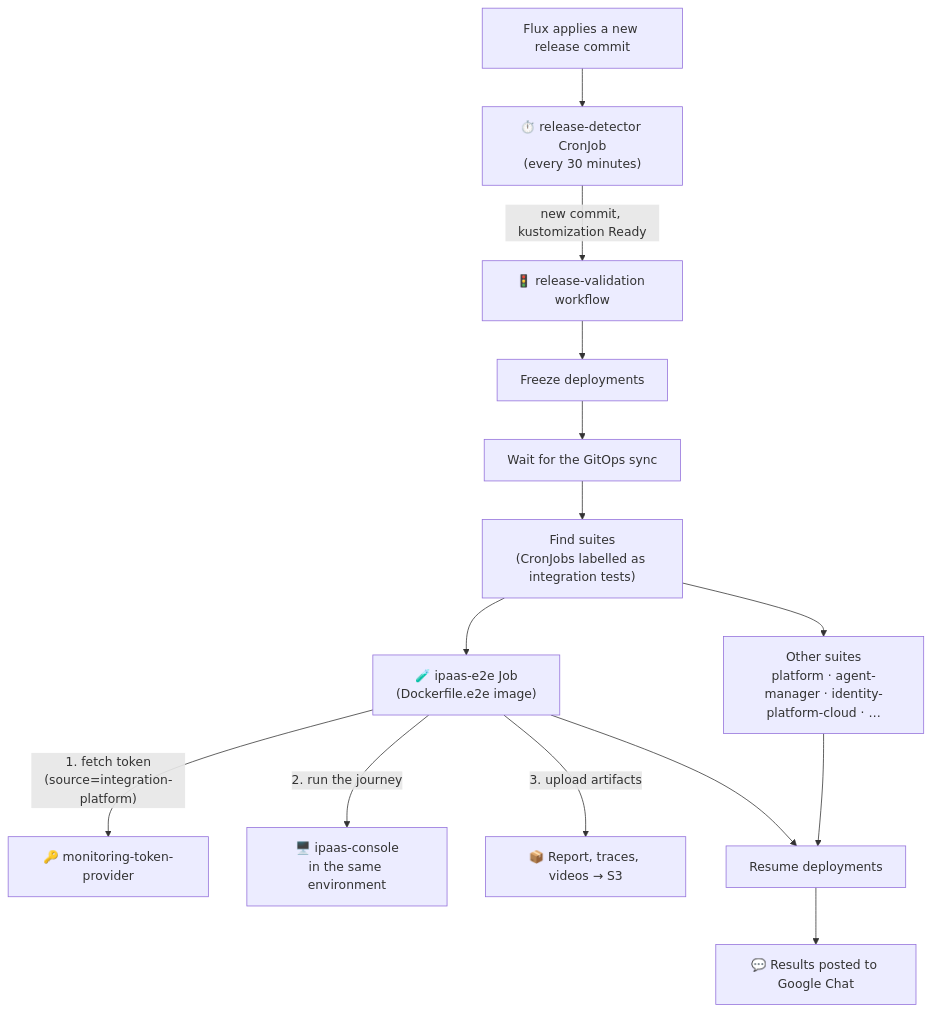
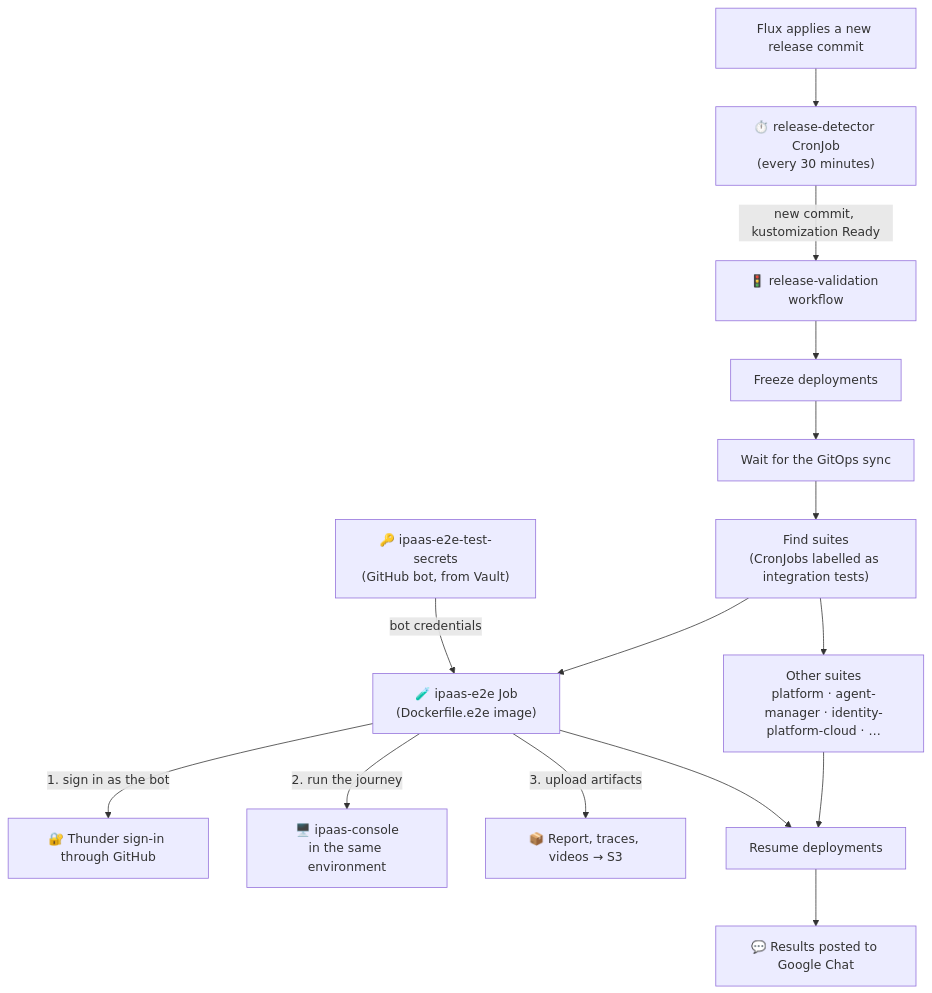
One commit to wso2/integration-control-plane changed the diagram in ipaas/tests/e2e/README.md. Above: the diagram before and after it, drawn with Mermaid. The commit also changed other lines of this file and 2 other files, not shown here.

Commit message:
Address coderabbot review comments

````diff
--- a/ipaas/tests/e2e/README.md
+++ b/ipaas/tests/e2e/README.md
@@ -62,28 +62,30 @@
 ```mermaid
 flowchart TD
   Detector["⏱️ release-detector CronJob<br/>(every 30 minutes)"]
   Flux["Flux applies a new release commit"]
   WF["🚦 release-validation workflow"]
   Freeze["Freeze deployments"]
   Sync["Wait for the GitOps sync"]
   List["Find suites<br/>(CronJobs labelled as integration tests)"]
   Other["Other suites<br/>platform · agent-manager · identity-platform-cloud · …"]
   IPaaS["🧪 ipaas-e2e Job<br/>(Dockerfile.e2e image)"]
-  Token["🔑 monitoring-token-provider"]
+  Secret["🔑 ipaas-e2e-test-secrets<br/>(GitHub bot, from Vault)"]
+  Thunder["🔐 Thunder sign-in through GitHub"]
   Console["🖥️ ipaas-console<br/>in the same environment"]
   S3["📦 Report, traces, videos → S3"]
   Exit["Resume deployments"]
   Chat["💬 Results posted to Google Chat"]
 
   Flux --> Detector
   Detector -- "new commit, kustomization Ready" --> WF
   WF --> Freeze --> Sync --> List
   List --> Other
   List --> IPaaS
-  IPaaS -- "1. fetch token<br/>(source=integration-platform)" --> Token
+  Secret -- "bot credentials" --> IPaaS
+  IPaaS -- "1. sign in as the bot" --> Thunder
   IPaaS -- "2. run the journey" --> Console
   IPaaS -- "3. upload artifacts" --> S3
   Other --> Exit
   IPaaS --> Exit
   Exit --> Chat
 ```
````
